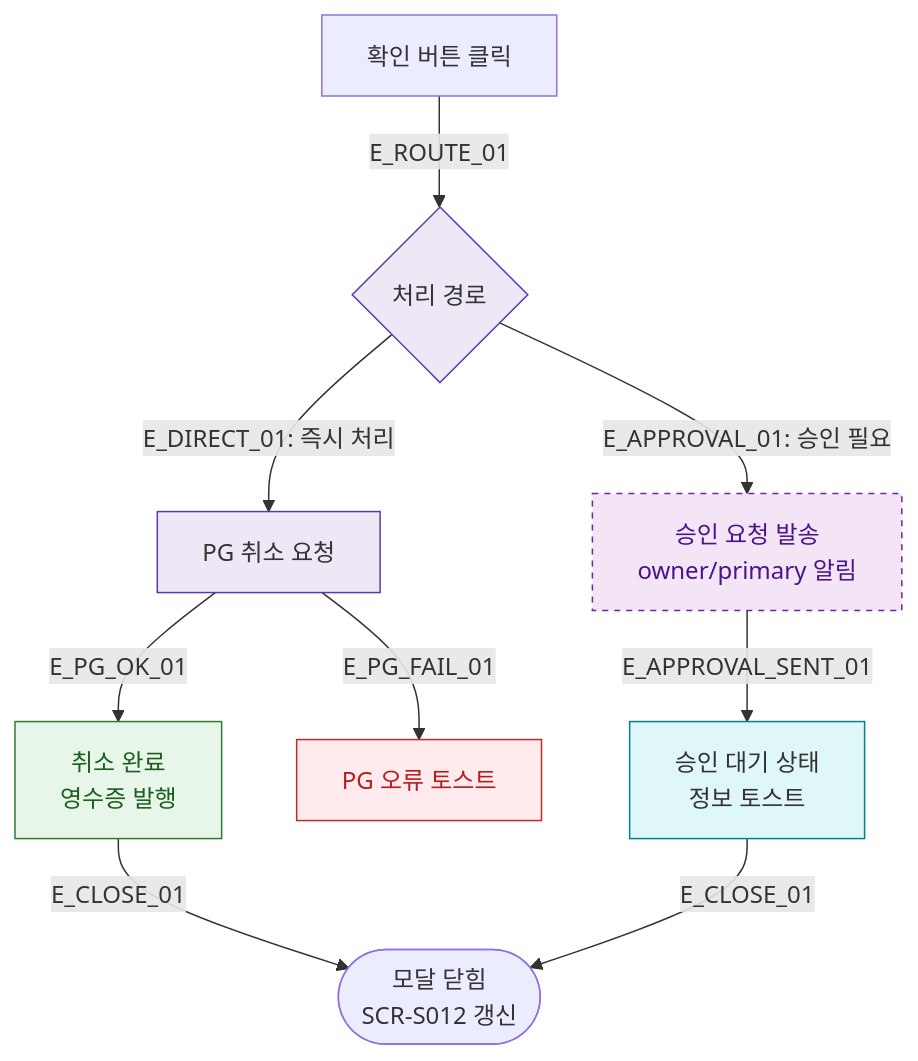
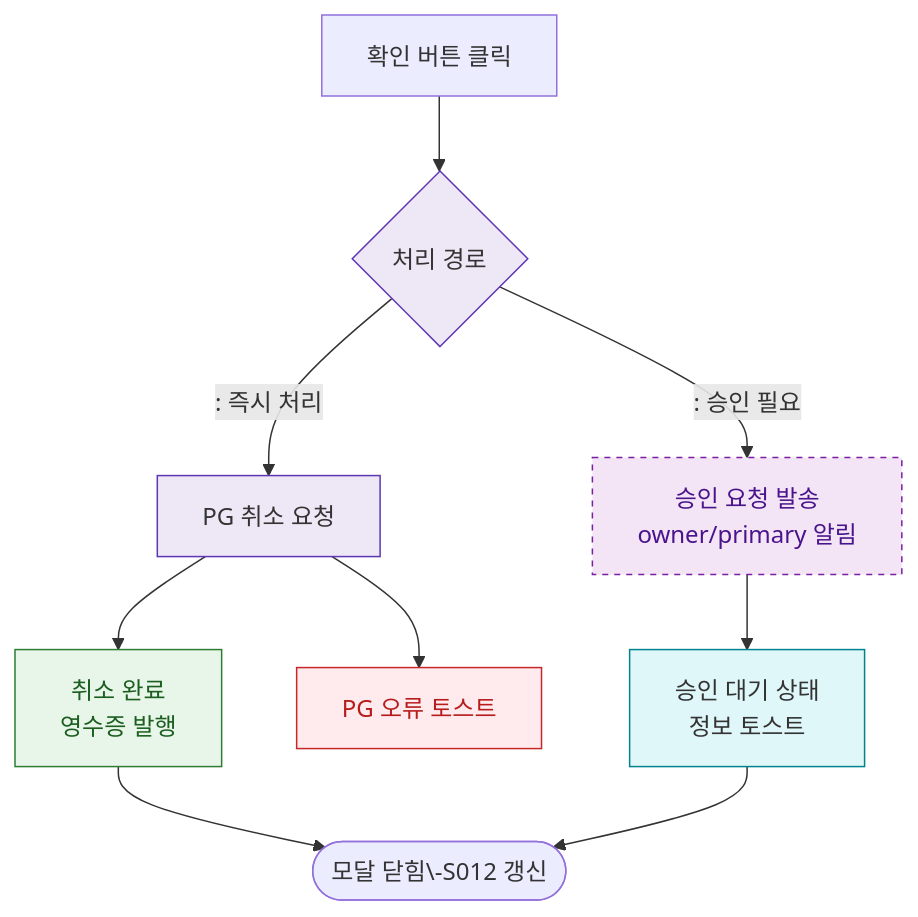
The diagram in docs/다이어그램/D03_매출관리/DLG-S013_환불처리/M3_결과분기.md (dev-spogym/admin-pando), drawn with Mermaid before and after one commit. The commit also changed other lines of this file and 1660 other files, not shown here.

First line of the commit message:
다이어그램: 기획자/클라이언트 납품본으로 정리

````diff
--- a/docs/다이어그램/D03_매출관리/DLG-S013_환불처리/M3_결과분기.md
+++ b/docs/다이어그램/D03_매출관리/DLG-S013_환불처리/M3_결과분기.md
@@ -20,27 +18,27 @@
 ```mermaid
 flowchart TD
-    CONFIRM[확인 버튼 클릭] -->|E_ROUTE_01| ROUTE{처리 경로}
+    CONFIRM[확인 버튼 클릭] --> ROUTE{처리 경로}
 
-    ROUTE -->|"E_DIRECT_01: 즉시 처리"| PG_CANCEL[PG 취소 요청]
-    ROUTE -->|"E_APPROVAL_01: 승인 필요"| SEND_APPROVAL[승인 요청 발송\nowner/primary 알림]
+    ROUTE -->|": 즉시 처리"|PG_CANCEL[PG 취소 요청]
+    ROUTE -->|": 승인 필요"|SEND_APPROVAL[승인 요청 발송\nowner/primary 알림]
 
-    PG_CANCEL -->|E_PG_OK_01| CANCEL_DONE[취소 완료\n영수증 발행]
-    PG_CANCEL -->|E_PG_FAIL_01| PG_ERR[PG 오류 토스트]
+    PG_CANCEL --> CANCEL_DONE[취소 완료\n영수증 발행]
+    PG_CANCEL --> PG_ERR[PG 오류 토스트]
 
-    SEND_APPROVAL -->|E_APPROVAL_SENT_01| WAIT_STATE[승인 대기 상태\n정보 토스트]
+    SEND_APPROVAL --> WAIT_STATE[승인 대기 상태\n정보 토스트]
 
-    CANCEL_DONE -->|E_CLOSE_01| CLOSED([모달 닫힘\nSCR-S012 갱신])
-    WAIT_STATE -->|E_CLOSE_01| CLOSED
+    CANCEL_DONE --> CLOSED([모달 닫힘\-S012 갱신])
+    WAIT_STATE --> CLOSED
 
     classDef newFeature fill:#F3E5F5,stroke:#7B1FA2,color:#4A148C,stroke-dasharray:4 4
     classDef system fill:#EDE7F6,stroke:#5E35B2
     classDef success fill:#E8F5E9,stroke:#2E7D32,color:#1B5E20
     classDef info fill:#E0F7FA,stroke:#00838F
     classDef error fill:#FFEBEE,stroke:#C62828,color:#B71C1C
 
     class SEND_APPROVAL newFeature
     class ROUTE,PG_CANCEL system
     class CANCEL_DONE success
     class WAIT_STATE info
     class PG_ERR error
 ```
````
